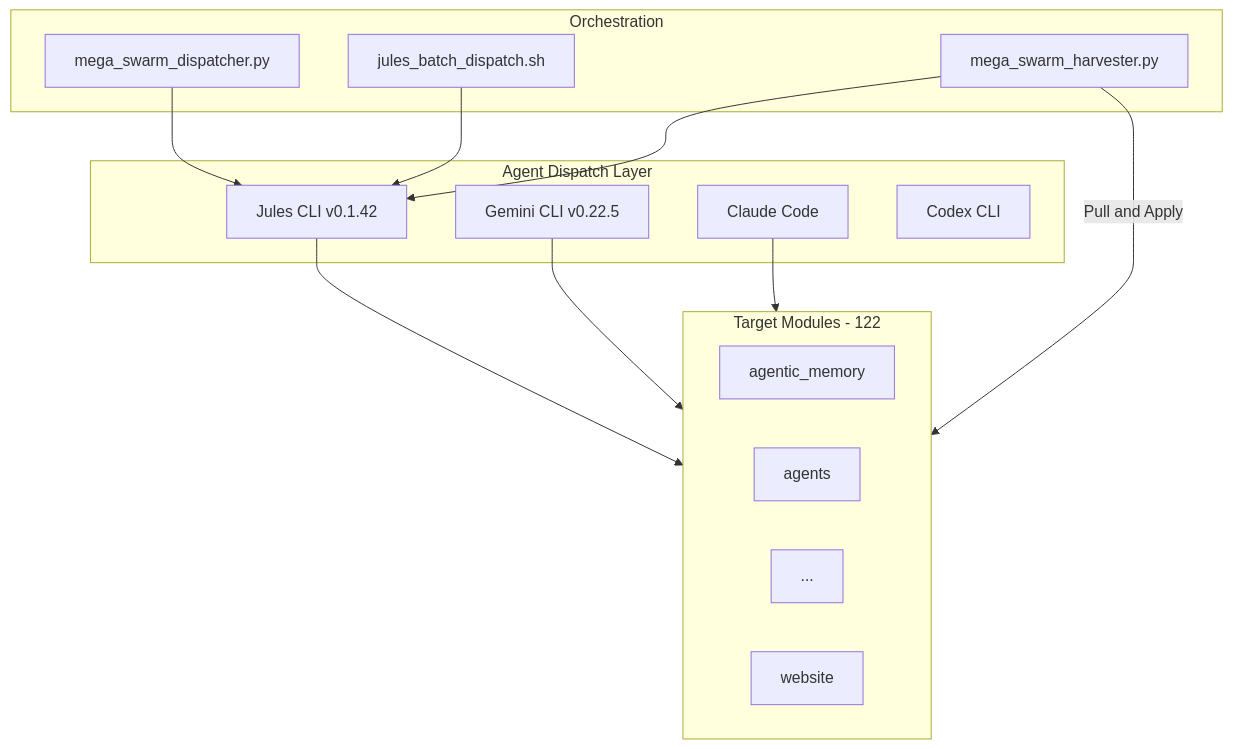
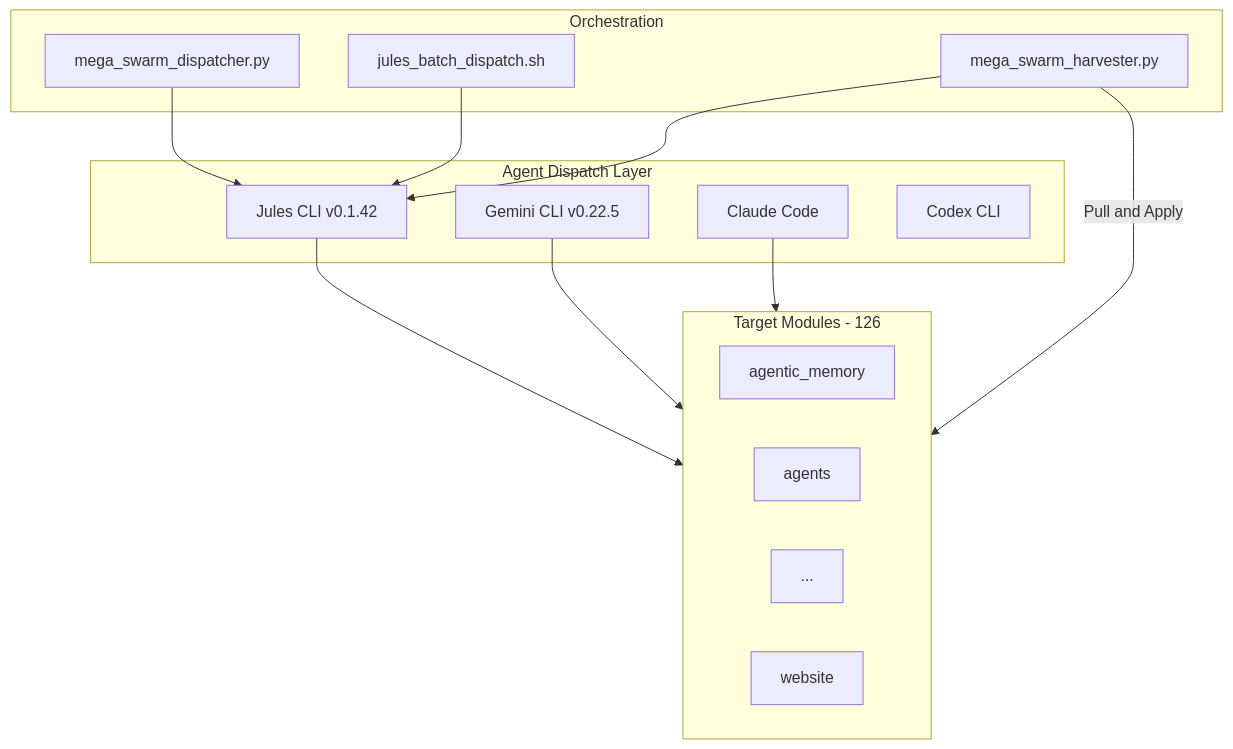
Before and after one commit to docxology/codomyrmex: the fourth of 7 diagrams in .github/README.md, drawn with Mermaid. The commit also changed other lines of this file and 72 other files, not shown here.

````diff
--- a/.github/README.md
+++ b/.github/README.md
@@ -452,30 +452,30 @@
 ```mermaid
 graph TD
     subgraph Dispatch["Agent Dispatch Layer"]
         Jules["Jules CLI v0.1.42"]
         GeminiCLI["Gemini CLI v0.22.5"]
         Claude["Claude Code"]
         Codex["Codex CLI"]
     end
 
     subgraph Orchestration["Orchestration"]
         BatchDispatch["jules_batch_dispatch.sh"]
         MegaSwarm["mega_swarm_dispatcher.py"]
         Harvester["mega_swarm_harvester.py"]
     end
 
-    subgraph Targets["Target Modules - 122"]
+    subgraph Targets["Target Modules - 126"]
         M1["agentic_memory"]
         M2["agents"]
         Mdots["..."]
         M95["website"]
     end
 
     MegaSwarm --> Jules
     BatchDispatch --> Jules
     Jules --> Targets
     GeminiCLI --> Targets
     Claude --> Targets
     Harvester --> Jules
     Harvester -->|"Pull and Apply"| Targets
 ```
````
